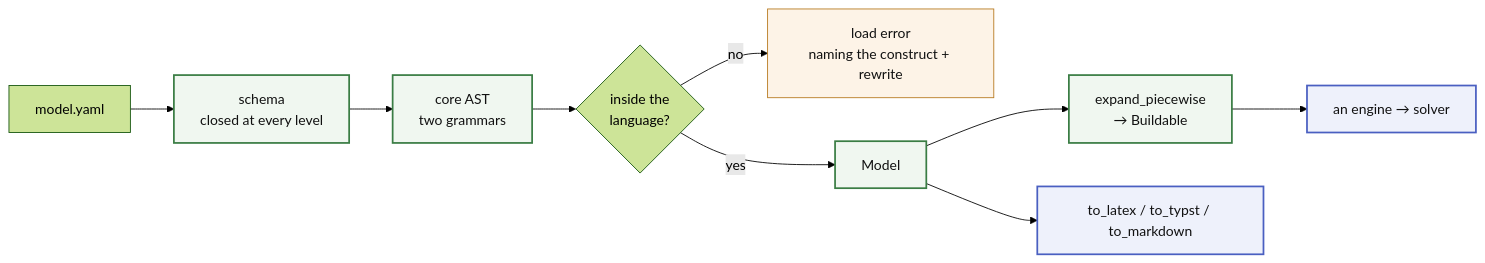
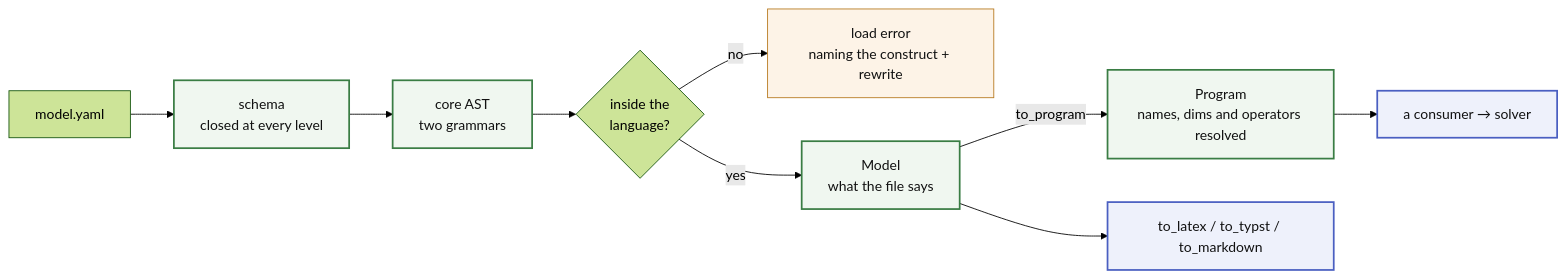
One commit to energy-models/math-spec changed the diagram in README.md. Above: the diagram before and after it, drawn with Mermaid (forest theme). The commit also changed other lines of this file and 7 other files, not shown here.

````diff
--- a/README.md
+++ b/README.md
@@ -50,18 +50,18 @@
 ```mermaid
 flowchart LR
     Y["model.yaml"] --> S["schema<br/>closed at every level"]
     S --> AST["core AST<br/>two grammars"]
     AST --> Q{"inside the<br/>language?"}
     Q -->|"no"| ERR["load error<br/>naming the construct + rewrite"]
-    Q -->|"yes"| M["Model"]
-    M --> B["expand_piecewise<br/>→ Buildable"]
-    B --> ENG["an engine → solver"]
+    Q -->|"yes"| M["Model<br/>what the file says"]
+    M -->|"to_program"| P["Program<br/>names, dims and operators resolved"]
+    P --> ENG["a consumer → solver"]
     M --> T["to_latex / to_typst / to_markdown"]
 
     classDef spec fill:#f0f7f0,stroke:#3a7d44,stroke-width:2px,color:#111
     classDef consumer fill:#eef1fb,stroke:#4a5fc1,stroke-width:2px,color:#111
     classDef err fill:#fdf3e7,stroke:#b7791f,color:#111
-    class S,AST,M,B spec
+    class S,AST,M,P spec
     class ENG,T consumer
     class ERR err
 ```
````
